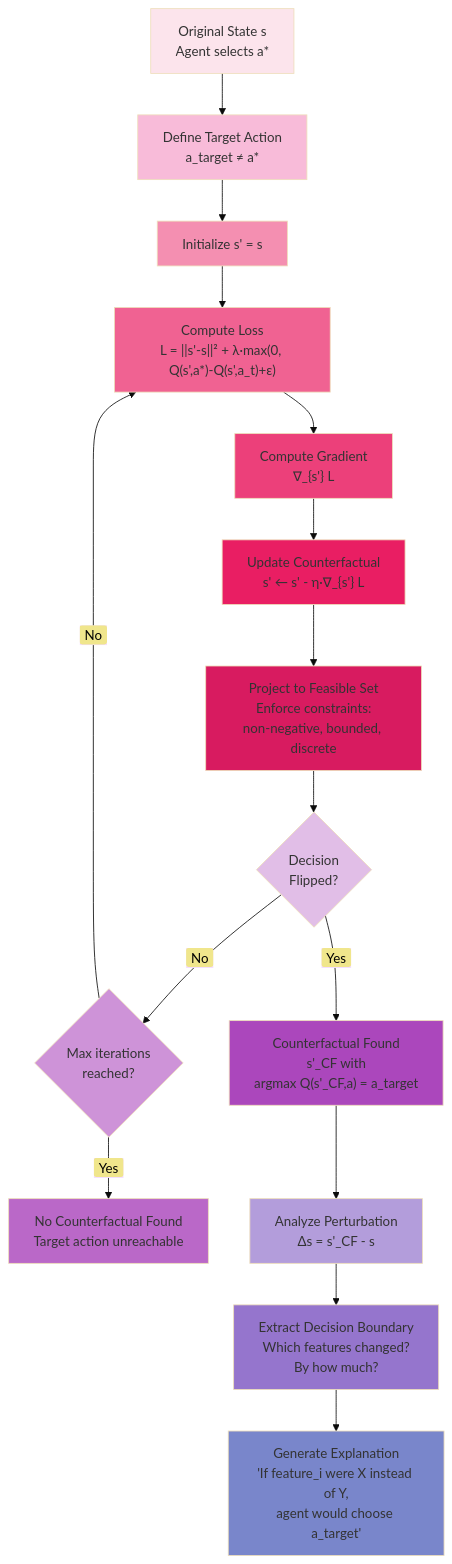
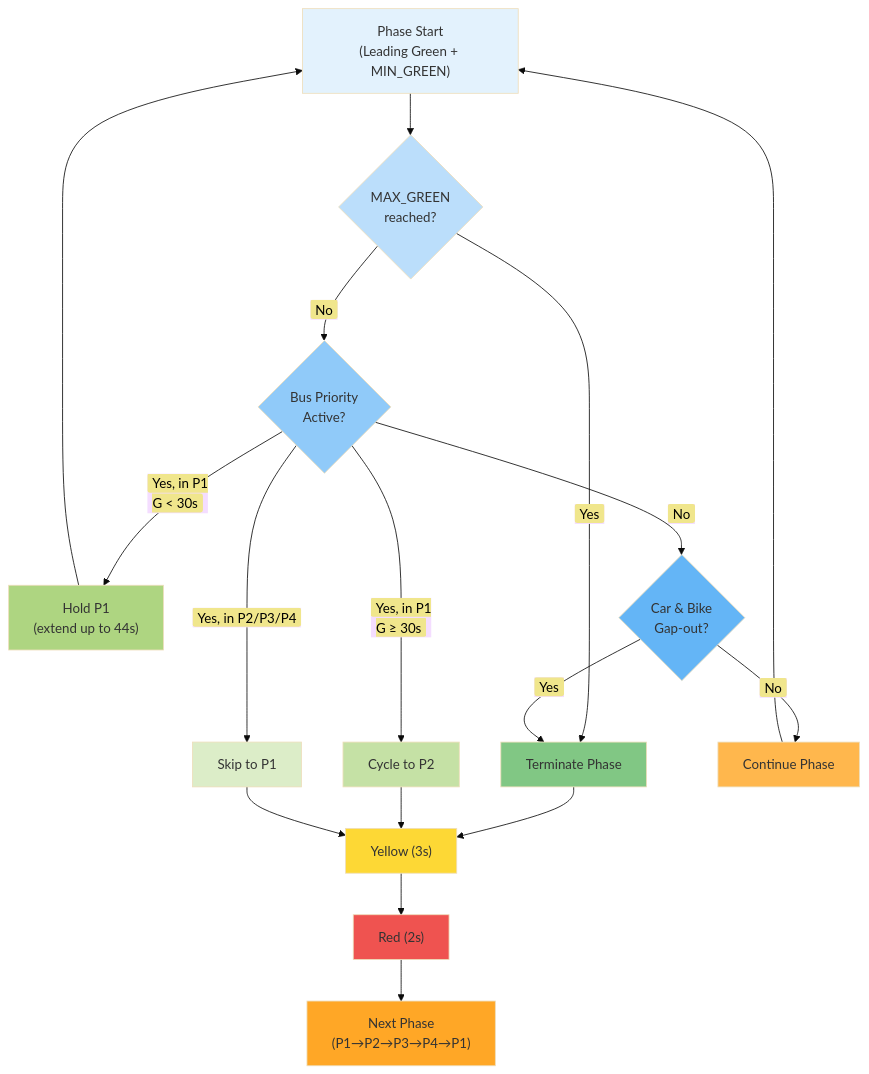
The fourth of 7 diagrams in papers/Theory_3.md (Chaklader/SignalSyncPro), drawn with Mermaid (base theme) before and after one commit. The commit also changed other lines of this file and 3 other files, not shown here.

````diff
--- a/papers/Theory_3.md
+++ b/papers/Theory_3.md
@@ -2008,43 +208,43 @@
 ```mermaid
 flowchart TD
-    A["Original State s<br>Agent selects a*"] --> B["Define Target Action<br>a_target ≠ a*"]
+    Start["Phase Start<br>(Leading Green + MIN_GREEN)"] --> Check1{"MAX_GREEN<br>reached?"}
 
-    B --> C["Initialize s' = s"]
+    Check1 -->|<span style='background-color:khaki; color:black; padding:2px 6px; border-radius:3px'>Yes</span>| Terminate["Terminate Phase"]
 
-    C --> D["Compute Loss<br>L = ||s'-s||² + λ·max(0, Q(s',a*)-Q(s',a_t)+ε)"]
+    Check1 -->|<span style='background-color:khaki; color:black; padding:2px 6px; border-radius:3px'>No</span>| Check2{"Bus Priority<br>Active?"}
 
-    D --> E["Compute Gradient<br>∇_{s'} L"]
+    Check2 -->|<span style='background-color:khaki; color:black; padding:2px 6px; border-radius:3px'>Yes, in P1<br>G < 30s</span>| Hold["Hold P1<br>(extend up to 44s)"]
 
-    E --> F["Update Counterfactual<br>s' ← s' - η·∇_{s'} L"]
+    Check2 -->|<span style='background-color:khaki; color:black; padding:2px 6px; border-radius:3px'>Yes, in P1<br>G ≥ 30s</span>| Cycle["Cycle to P2"]
 
-    F --> G["Project to Feasible Set<br>Enforce constraints:<br>non-negative, bounded, discrete"]
+    Check2 -->|<span style='background-color:khaki; color:black; padding:2px 6px; border-radius:3px'>Yes, in P2/P3/P4</span>| Skip["Skip to P1"]
 
-    G --> H{"Decision<br>Flipped?"}
+    Check2 -->|<span style='background-color:khaki; color:black; padding:2px 6px; border-radius:3px'>No</span>| Check3{"Car & Bike<br>Gap-out?"}
 
-    H -->|<span style='background-color:khaki; color:black; padding:2px 6px; border-radius:3px'>No</span>| I{"Max iterations<br>reached?"}
-    I -->|<span style='background-color:khaki; color:black; padding:2px 6px; border-radius:3px'>No</span>| D
-    I -->|<span style='background-color:khaki; color:black; padding:2px 6px; border-radius:3px'>Yes</span>| J["No Counterfactual Found<br>Target action unreachable"]
+    Check3 -->|<span style='background-color:khaki; color:black; padding:2px 6px; border-radius:3px'>Yes</span>| Terminate
 
-    H -->|<span style='background-color:khaki; color:black; padding:2px 6px; border-radius:3px'>Yes</span>| K["Counterfactual Found<br>s'_CF with<br>argmax Q(s'_CF,a) = a_target"]
+    Check3 -->|<span style='background-color:khaki; color:black; padding:2px 6px; border-radius:3px'>No</span>| Continue["Continue Phase"]
 
-    K --> L["Analyze Perturbation<br>Δs = s'_CF - s"]
+    Continue --> Start
+    Hold --> Start
 
-    L --> M["Extract Decision Boundary<br>Which features changed?<br>By how much?"]
+    Terminate --> Change["Yellow (3s)"]
+    Cycle --> Change
+    Skip --> Change
 
-    M --> N["Generate Explanation<br>'If feature_i were X instead of Y,<br>agent would choose a_target'"]
+    Change --> Red["Red (2s)"]
+    Red --> Next["Next Phase<br>(P1→P2→P3→P4→P1)"]
 
-style A fill:#FCE4EC
-style B fill:#F8BBD9
-style C fill:#F48FB1
-style D fill:#F06292
-style E fill:#EC407A
-style F fill:#E91E63
-style G fill:#D81B60
-style H fill:#E1BEE7
-style I fill:#CE93D8
-style J fill:#BA68C8
-style K fill:#AB47BC
-style L fill:#B39DDB
-style M fill:#9575CD
-style N fill:#7986CB
+    style Start fill:#E3F2FD
+    style Check1 fill:#BBDEFB
+    style Check2 fill:#90CAF9
+    style Check3 fill:#64B5F6
+    style Terminate fill:#81C784
+    style Hold fill:#AED581
+    style Cycle fill:#C5E1A5
+    style Skip fill:#DCEDC8
+    style Continue fill:#FFB74D
+    style Change fill:#FDD835
+    style Next fill:#FFA726
+    style Red fill:#EF5350
 ```
````
